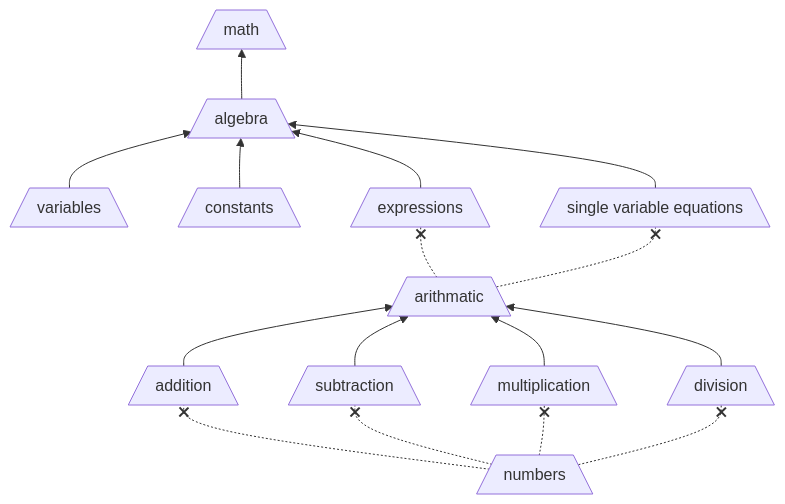
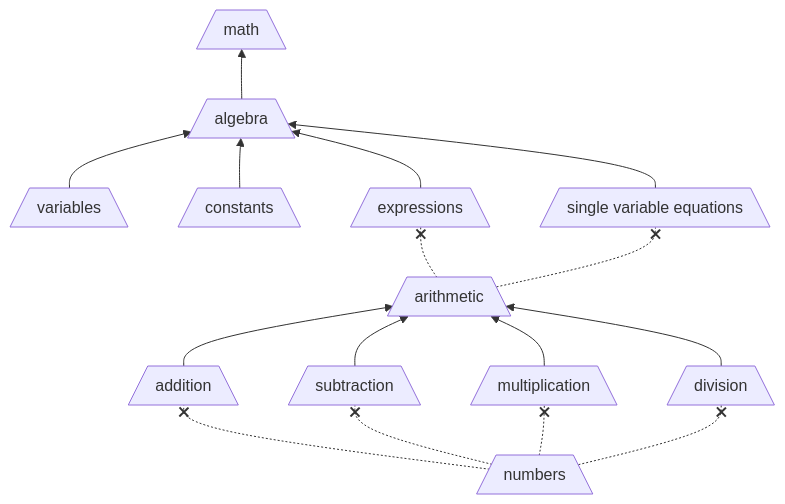
One commit to openproficiency/model changed the fourth of 4 diagrams in specs/experience-topic.md. Above: the diagram before and after it, drawn with Mermaid. The commit also changed other lines of this file and 4 other files, not shown here.

````diff
--- a/specs/experience-topic.md
+++ b/specs/experience-topic.md
@@ -80,37 +80,37 @@
 ```mermaid
 flowchart BT
 
 numbers[/"numbers"\]
 
 %% Abstraction 1
   addition[/"addition"\]
   subtraction[/"subtraction"\]
   multiplication[/"multiplication"\]
   division[/"division"\]
 
-  arithmatic[/"arithmatic"\]
-  addition --> arithmatic
-  subtraction --> arithmatic
-  multiplication --> arithmatic
-  division --> arithmatic
+  arithmetic[/"arithmetic"\]
+  addition --> arithmetic
+  subtraction --> arithmetic
+  multiplication --> arithmetic
+  division --> arithmetic
 
   numbers -.-x addition
   numbers -.-x subtraction
   numbers -.-x multiplication
   numbers -.-x division
 
 %% Abstraction 2
   algebra[/"algebra"\]
   variables[/"variables"\] --> algebra
   constants[/"constants"\] --> algebra
   expressions[/"expressions"\] --> algebra
   single-variable-eqs[/"single variable equations"\] --> algebra
 
-  arithmatic -.-x single-variable-eqs
-  arithmatic -.-x expressions
+  arithmetic -.-x single-variable-eqs
+  arithmetic -.-x expressions
 
 %% Abstraction 3
   math[/"math"\]
   algebra --> math
 
 ```
````
